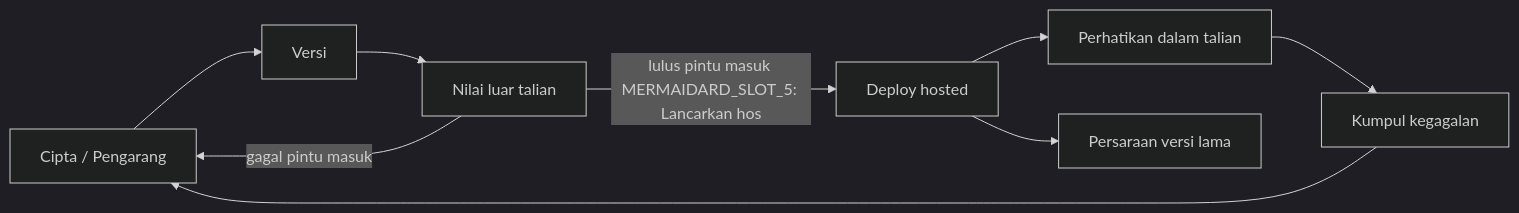
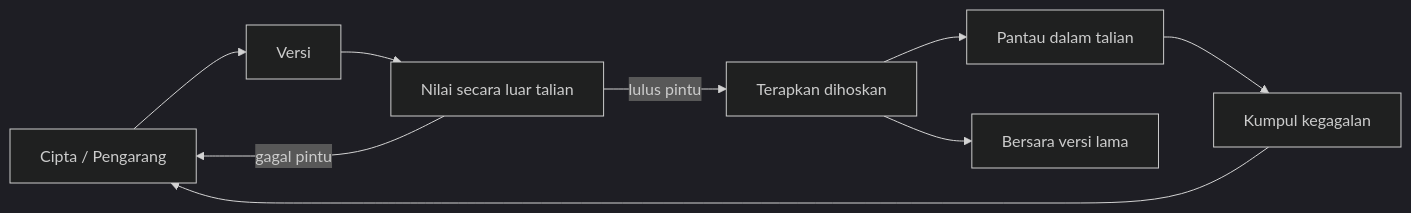
Before and after one commit to gabrielmoreira/agent-skills-mirror: the second of 4 diagrams in mirrors/repos/microsoft@ai-agents-for-beginners/translations/ms/16-deploying-scalable-agents/README.md, drawn with Mermaid (dark theme). The commit also changed other lines of this file and 3581 other files, not shown here.

````diff
--- a/mirrors/repos/microsoft@ai-agents-for-beginners/translations/ms/16-deploying-scalable-agents/README.md
+++ b/mirrors/repos/microsoft@ai-agents-for-beginners/translations/ms/16-deploying-scalable-agents/README.md
@@ -108,11 +108,11 @@
 ```mermaid
 flowchart LR
     Create[Cipta / Pengarang] --> Version[Versi]
-    Version --> Evaluate[Nilai luar talian]
-    Evaluate -->|lulus pintu masuk MERMAIDARD_SLOT_5: Lancarkan hos| Deploy[Deploy hosted]
-    Evaluate -->|gagal pintu masuk| Create
-    Deploy --> Observe[Perhatikan dalam talian]
+    Version --> Evaluate[Nilai secara luar talian]
+    Evaluate -->|lulus pintu| Deploy[Terapkan dihoskan]
+    Evaluate -->|gagal pintu| Create
+    Deploy --> Observe[Pantau dalam talian]
     Observe --> Improve[Kumpul kegagalan]
     Improve --> Create
-    Deploy --> Retire[Persaraan versi lama]
+    Deploy --> Retire[Bersara versi lama]
 ```
````
